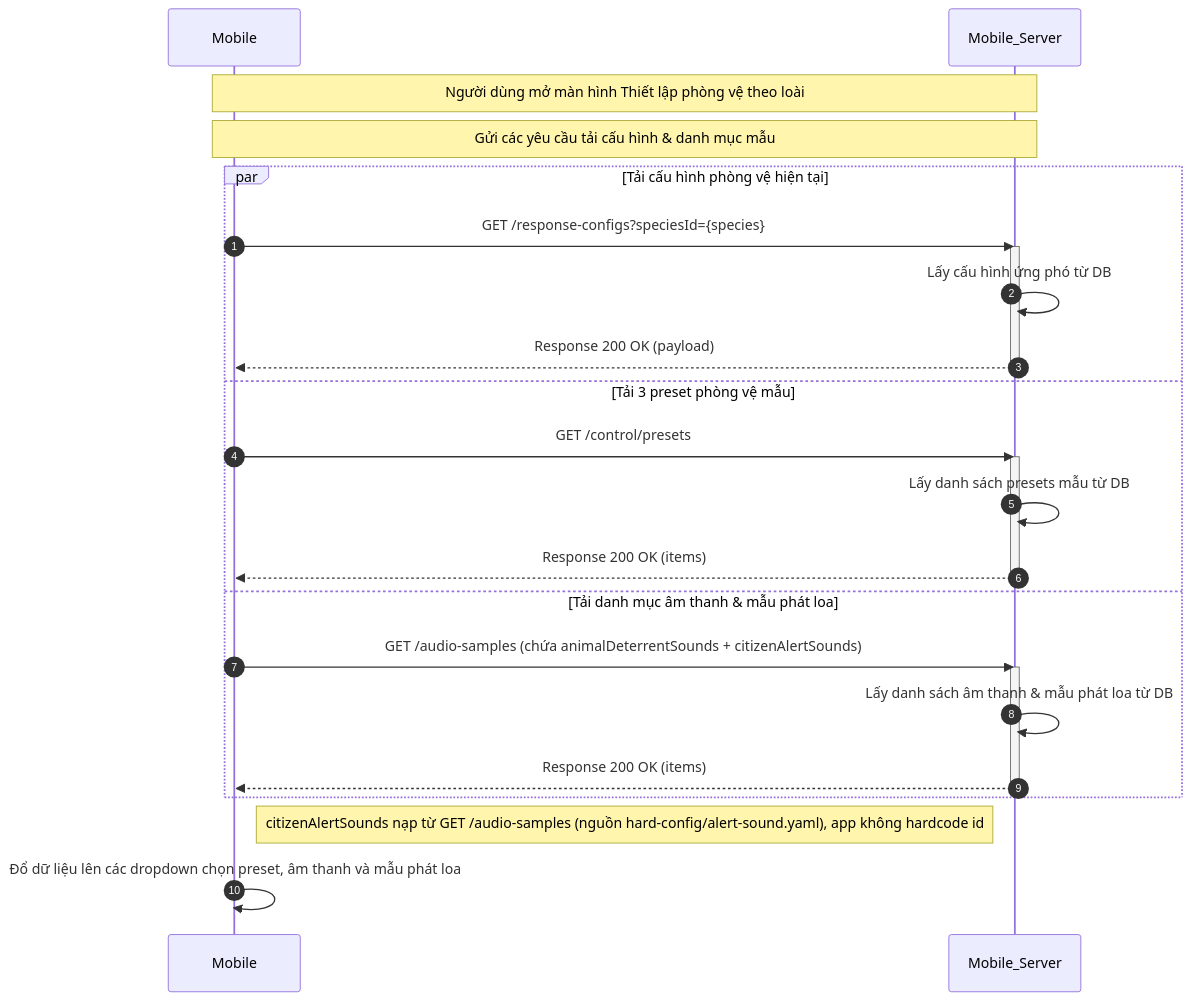
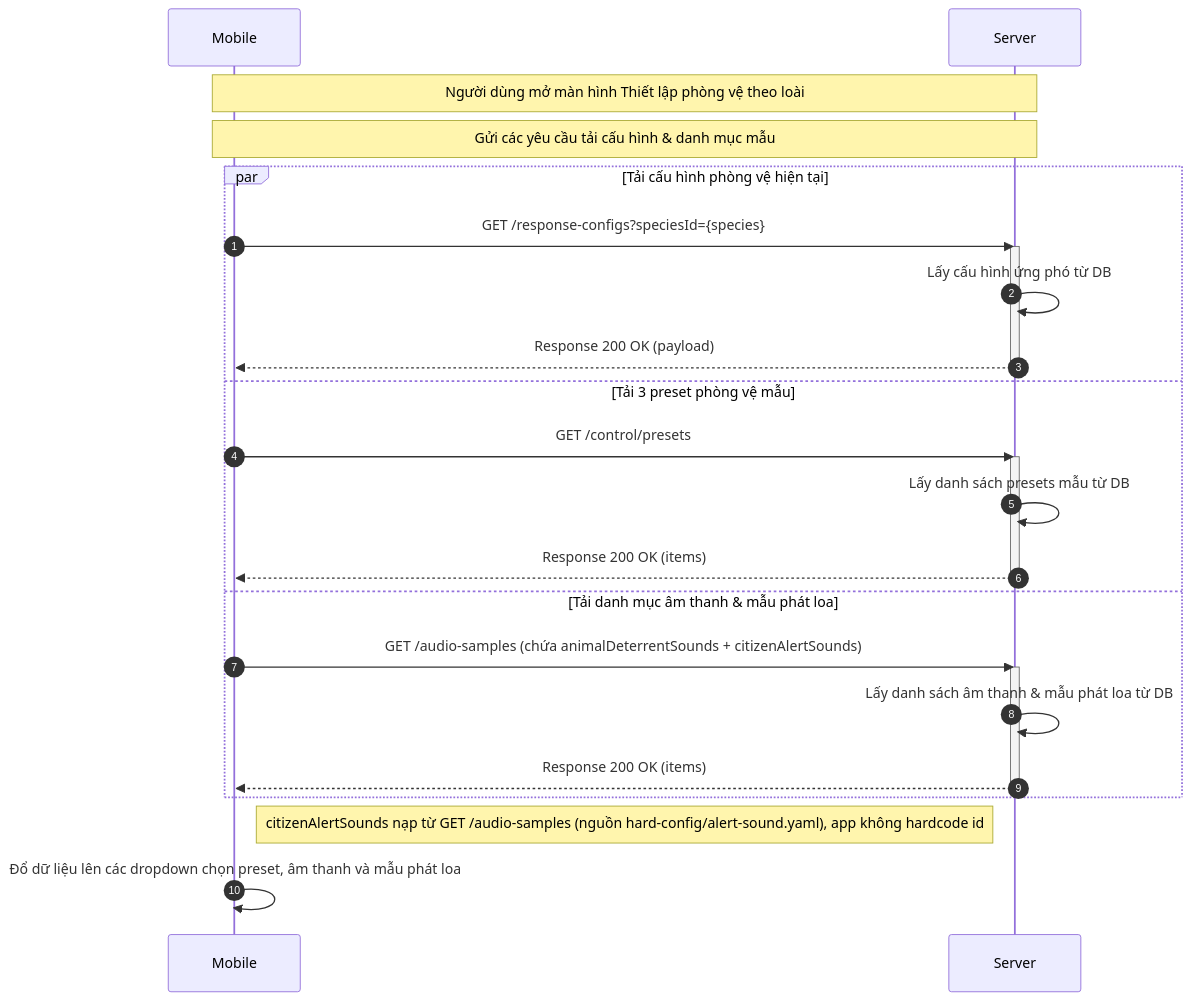
One commit to trungnguyenthien/Wildlife-Warning-and-Deterrence-System changed diagram 12 of 18 in docs/04-sequence-diagram.md. Above: the diagram before and after it, drawn with Mermaid. The commit also changed other lines of this file, not shown here.

Commit message:
docs: update sequence diagram to reflect latest system workflow changes

````diff
--- a/docs/04-sequence-diagram.md
+++ b/docs/04-sequence-diagram.md
@@ -467,30 +467,30 @@
 ```mermaid
 sequenceDiagram
     autonumber
     participant Mobile as Mobile
-    participant Mobile_Server as Mobile_Server
+    participant Server as Server
 
-    Note over Mobile, Mobile_Server: Người dùng mở màn hình Thiết lập phòng vệ theo loài
-    Note over Mobile, Mobile_Server: Gửi các yêu cầu tải cấu hình & danh mục mẫu
+    Note over Mobile, Server: Người dùng mở màn hình Thiết lập phòng vệ theo loài
+    Note over Mobile, Server: Gửi các yêu cầu tải cấu hình & danh mục mẫu
     par Tải cấu hình phòng vệ hiện tại
-        Mobile->>Mobile_Server: GET /response-configs?speciesId={species}
-        activate Mobile_Server
-        Mobile_Server->>Mobile_Server: Lấy cấu hình ứng phó từ DB
-        Mobile_Server-->>Mobile: Response 200 OK (payload)
-        deactivate Mobile_Server
+        Mobile->>Server: GET /response-configs?speciesId={species}
+        activate Server
+        Server->>Server: Lấy cấu hình ứng phó từ DB
+        Server-->>Mobile: Response 200 OK (payload)
+        deactivate Server
     and Tải 3 preset phòng vệ mẫu
-        Mobile->>Mobile_Server: GET /control/presets
-        activate Mobile_Server
-        Mobile_Server->>Mobile_Server: Lấy danh sách presets mẫu từ DB
-        Mobile_Server-->>Mobile: Response 200 OK (items)
-        deactivate Mobile_Server
+        Mobile->>Server: GET /control/presets
+        activate Server
+        Server->>Server: Lấy danh sách presets mẫu từ DB
+        Server-->>Mobile: Response 200 OK (items)
+        deactivate Server
     and Tải danh mục âm thanh & mẫu phát loa
-        Mobile->>Mobile_Server: GET /audio-samples (chứa animalDeterrentSounds + citizenAlertSounds)
-        activate Mobile_Server
-        Mobile_Server->>Mobile_Server: Lấy danh sách âm thanh & mẫu phát loa từ DB
-        Mobile_Server-->>Mobile: Response 200 OK (items)
-        deactivate Mobile_Server
+        Mobile->>Server: GET /audio-samples (chứa animalDeterrentSounds + citizenAlertSounds)
+        activate Server
+        Server->>Server: Lấy danh sách âm thanh & mẫu phát loa từ DB
+        Server-->>Mobile: Response 200 OK (items)
+        deactivate Server
     end
     Note right of Mobile: citizenAlertSounds nạp từ GET /audio-samples (nguồn hard-config/alert-sound.yaml), app không hardcode id
     Mobile->>Mobile: Đổ dữ liệu lên các dropdown chọn preset, âm thanh và mẫu phát loa
 ```
````
